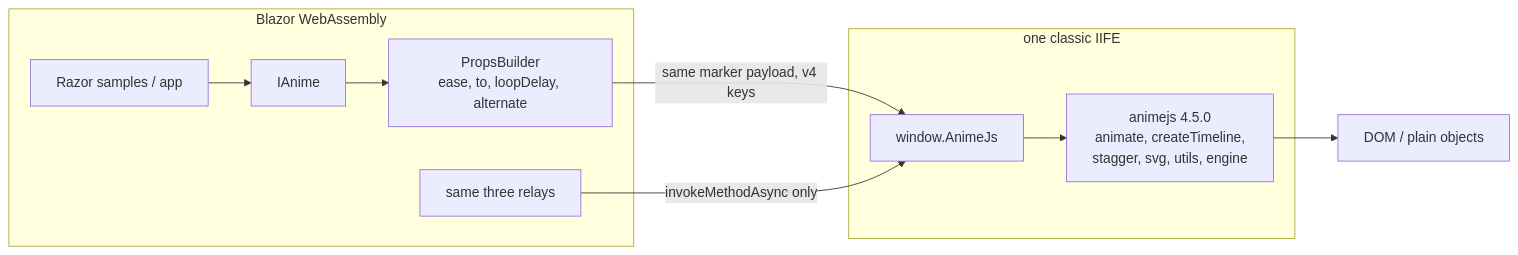
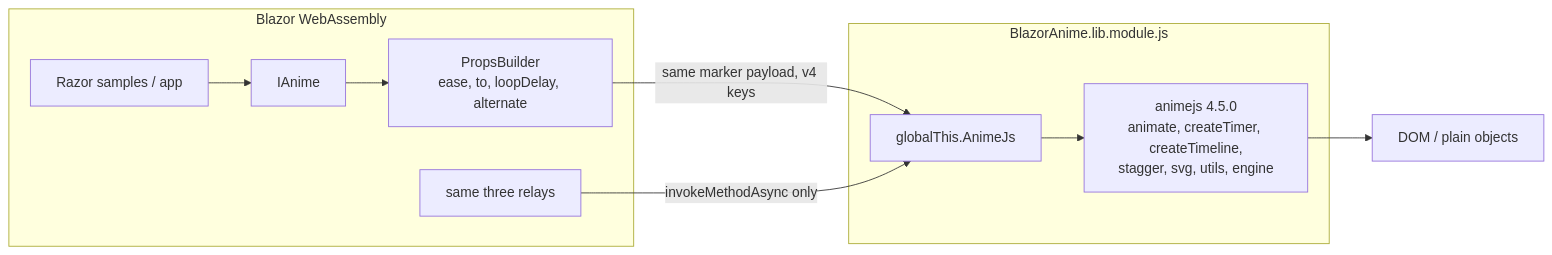
Before and after one commit to olaboutcode/blazor-anime: the second of 3 diagrams in docs/v4-plan.md, drawn with Mermaid. The commit also changed other lines of this file, not shown here.

````diff
--- a/docs/v4-plan.md
+++ b/docs/v4-plan.md
@@ -131,18 +145,18 @@
 ```mermaid
 flowchart LR
     subgraph wasm [Blazor WebAssembly]
         Razor["Razor samples / app"]
         IAnime["IAnime"]
         Builder["PropsBuilder<br/>ease, to, loopDelay, alternate"]
         Relays["same three relays"]
     end
-    subgraph iife [one classic IIFE]
-        Interop["window.AnimeJs"]
-        V4["animejs 4.5.0<br/>animate, createTimeline,<br/>stagger, svg, utils, engine"]
+    subgraph module [BlazorAnime.lib.module.js]
+        Interop["globalThis.AnimeJs"]
+        V4["animejs 4.5.0<br/>animate, createTimer, createTimeline,<br/>stagger, svg, utils, engine"]
     end
     Razor --> IAnime --> Builder
     Builder -->|"same marker payload, v4 keys"| Interop
     Relays -->|"invokeMethodAsync only"| Interop
     Interop --> V4
     V4 --> DOM["DOM / plain objects"]
 ```
````
